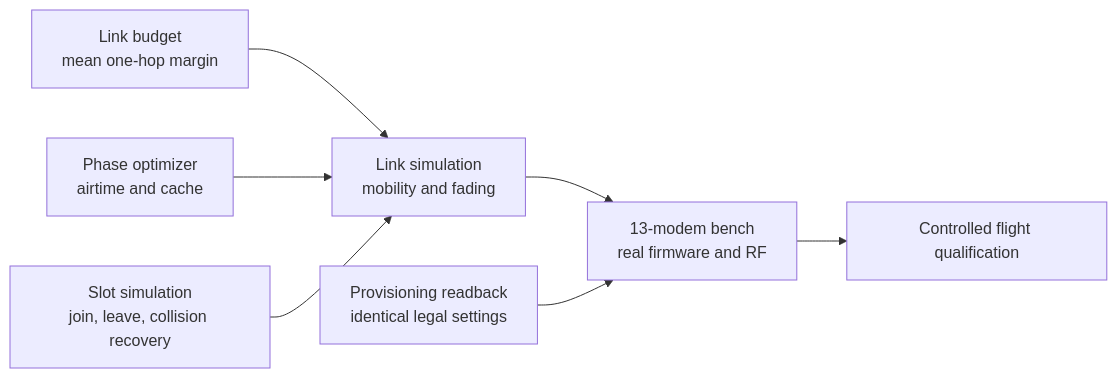
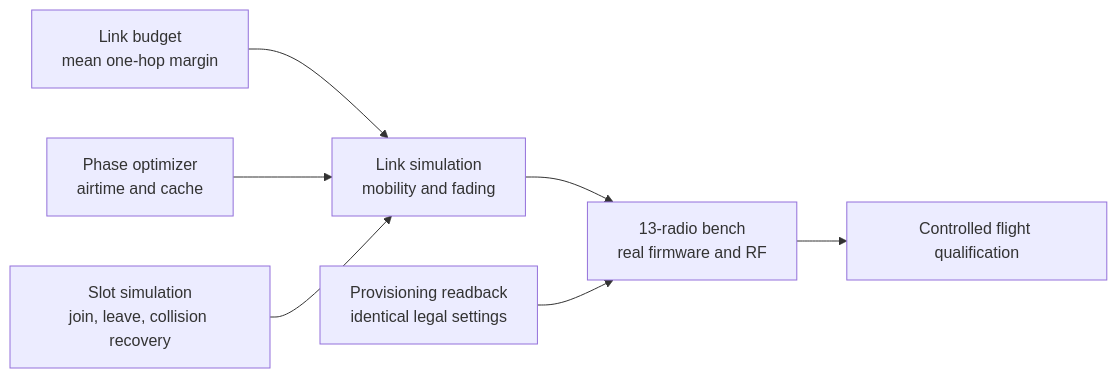
Before and after one commit to tudelft/paparazzi: the fourth of 6 diagrams in doc/mesh/mesh_network_design.md, drawn with Mermaid. The commit also changed other lines of this file and 6 other files, not shown here.

````diff
--- a/doc/mesh/mesh_network_design.md
+++ b/doc/mesh/mesh_network_design.md
@@ -682,9 +893,9 @@
 ```mermaid
 flowchart LR
   B["Link budget\nmean one-hop margin"] --> M["Link simulation\nmobility and fading"]
   P["Phase optimizer\nairtime and cache"] --> M
   S["Slot simulation\njoin, leave, collision recovery"] --> M
-  M --> H["13-modem bench\nreal firmware and RF"]
+  M --> H["13-radio bench\nreal firmware and RF"]
   E["Provisioning readback\nidentical legal settings"] --> H
   H --> F["Controlled flight qualification"]
 ```
````
